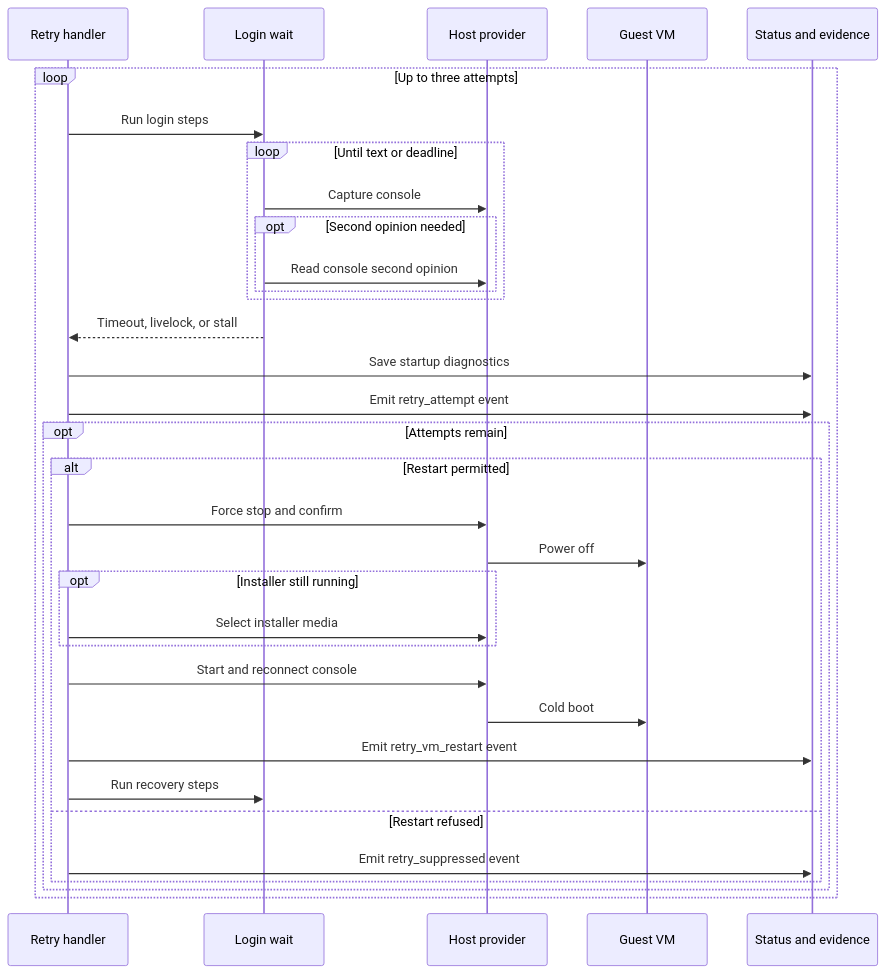
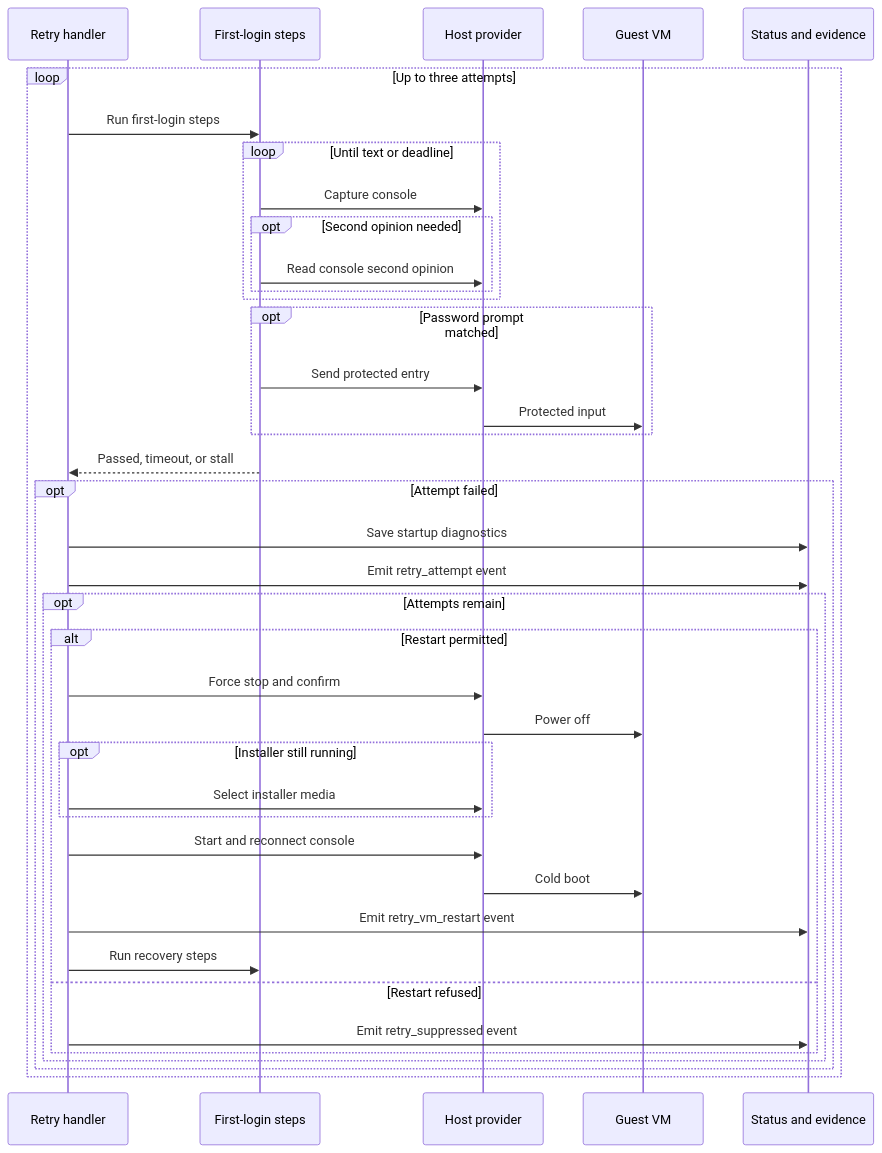
The third of 18 diagrams in docs/design/03-data-flows.md (alissonsol/yuruna), drawn with Mermaid before and after one commit. The commit also changed other lines of this file and 1545 other files, not shown here.

````diff
--- a/docs/design/03-data-flows.md
+++ b/docs/design/03-data-flows.md
@@ -112,35 +112,41 @@
 ```mermaid
 sequenceDiagram
     participant test-sequence-handler-psm1 as Retry handler
-    participant test-sequence-engine-psm1 as Login wait
+    participant test-sequence-engine-psm1 as First-login steps
     participant yuruna-host-contract-psm1 as Host provider
     participant guest-vm as Guest VM
     participant status-json as Status and evidence
     loop Up to three attempts
-        test-sequence-handler-psm1->>test-sequence-engine-psm1: Run login steps
+        test-sequence-handler-psm1->>test-sequence-engine-psm1: Run first-login steps
         loop Until text or deadline
             test-sequence-engine-psm1->>yuruna-host-contract-psm1: Capture console
             opt Second opinion needed
                 test-sequence-engine-psm1->>yuruna-host-contract-psm1: Read console second opinion
             end
         end
-        test-sequence-engine-psm1-->>test-sequence-handler-psm1: Timeout, livelock, or stall
-        test-sequence-handler-psm1->>status-json: Save startup diagnostics
-        test-sequence-handler-psm1->>status-json: Emit retry_attempt event
-        opt Attempts remain
-            alt Restart permitted
-                test-sequence-handler-psm1->>yuruna-host-contract-psm1: Force stop and confirm
-                yuruna-host-contract-psm1->>guest-vm: Power off
-                opt Installer still running
-                    test-sequence-handler-psm1->>yuruna-host-contract-psm1: Select installer media
+        opt Password prompt matched
+            test-sequence-engine-psm1->>yuruna-host-contract-psm1: Send protected entry
+            yuruna-host-contract-psm1->>guest-vm: Protected input
+        end
+        test-sequence-engine-psm1-->>test-sequence-handler-psm1: Passed, timeout, or stall
+        opt Attempt failed
+            test-sequence-handler-psm1->>status-json: Save startup diagnostics
+            test-sequence-handler-psm1->>status-json: Emit retry_attempt event
+            opt Attempts remain
+                alt Restart permitted
+                    test-sequence-handler-psm1->>yuruna-host-contract-psm1: Force stop and confirm
+                    yuruna-host-contract-psm1->>guest-vm: Power off
+                    opt Installer still running
+                        test-sequence-handler-psm1->>yuruna-host-contract-psm1: Select installer media
+                    end
+                    test-sequence-handler-psm1->>yuruna-host-contract-psm1: Start and reconnect console
+                    yuruna-host-contract-psm1->>guest-vm: Cold boot
+                    test-sequence-handler-psm1->>status-json: Emit retry_vm_restart event
+                    test-sequence-handler-psm1->>test-sequence-engine-psm1: Run recovery steps
+                else Restart refused
+                    test-sequence-handler-psm1->>status-json: Emit retry_suppressed event
                 end
-                test-sequence-handler-psm1->>yuruna-host-contract-psm1: Start and reconnect console
-                yuruna-host-contract-psm1->>guest-vm: Cold boot
-                test-sequence-handler-psm1->>status-json: Emit retry_vm_restart event
-                test-sequence-handler-psm1->>test-sequence-engine-psm1: Run recovery steps
-            else Restart refused
-                test-sequence-handler-psm1->>status-json: Emit retry_suppressed event
             end
         end
     end
 ```
````
